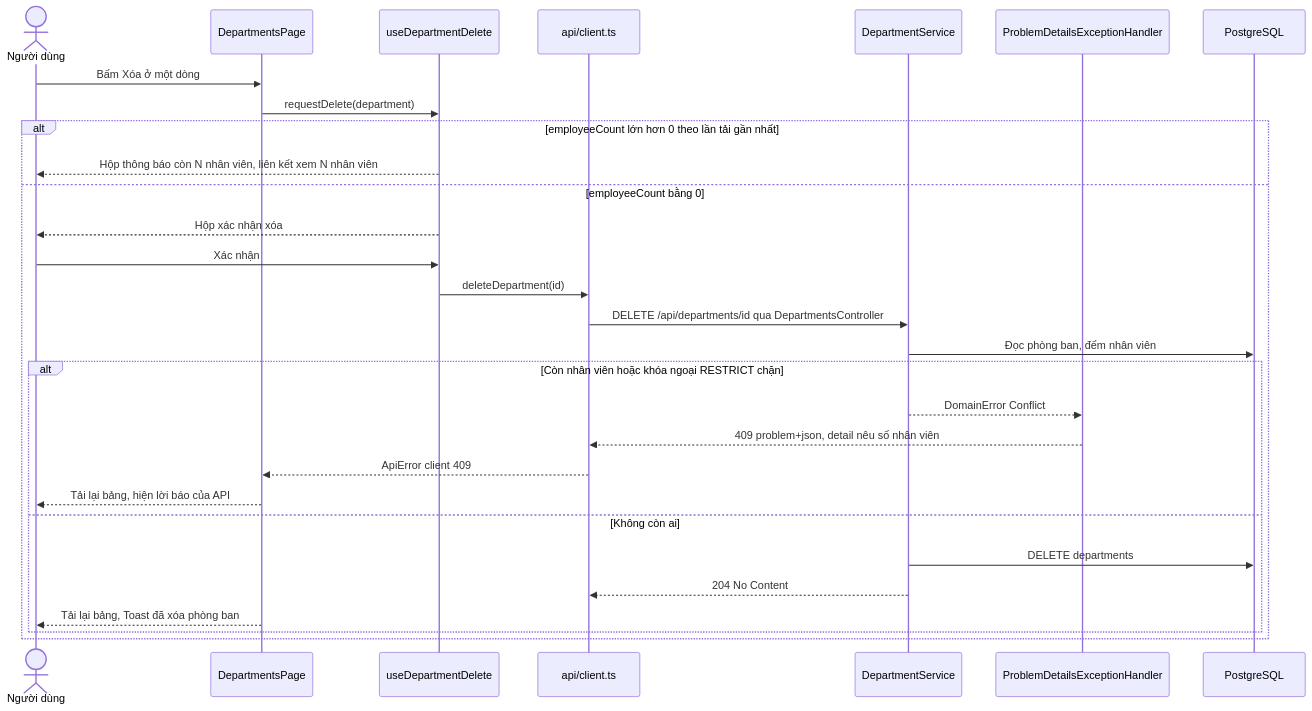
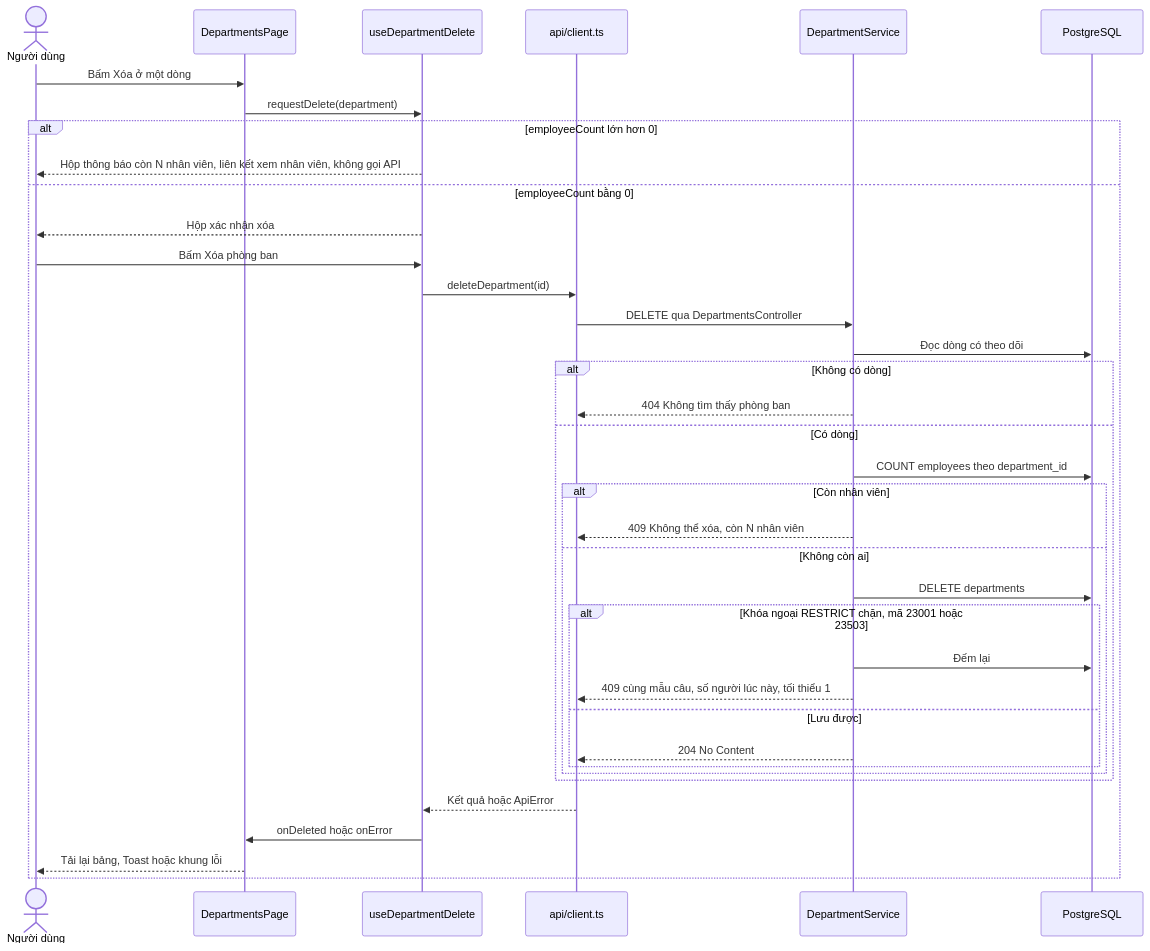
Before and after one commit to Minnhiep/employee-crud: the fourth of 5 diagrams in aidlc/spaces/default/codekb/employee-crud/architecture.md, drawn with Mermaid. The commit also changed other lines of this file and 28 other files, not shown here.

````diff
--- a/aidlc/spaces/default/codekb/employee-crud/architecture.md
+++ b/aidlc/spaces/default/codekb/employee-crud/architecture.md
@@ -132,31 +134,39 @@
 ```mermaid
 sequenceDiagram
-  actor U as Người dùng
-  participant P as DepartmentsPage
-  participant H as useDepartmentDelete
-  participant C as api/client.ts
-  participant DS as DepartmentService
-  participant EH as ProblemDetailsExceptionHandler
-  participant PG as PostgreSQL
-  U->>P: Bấm Xóa ở một dòng
-  P->>H: requestDelete(department)
-  alt employeeCount lớn hơn 0 theo lần tải gần nhất
-    H-->>U: Hộp thông báo còn N nhân viên, liên kết xem N nhân viên
-  else employeeCount bằng 0
-    H-->>U: Hộp xác nhận xóa
-    U->>H: Xác nhận
-    H->>C: deleteDepartment(id)
-    C->>DS: DELETE /api/departments/id qua DepartmentsController
-    DS->>PG: Đọc phòng ban, đếm nhân viên
-    alt Còn nhân viên hoặc khóa ngoại RESTRICT chặn
-      DS-->>EH: DomainError Conflict
-      EH-->>C: 409 problem+json, detail nêu số nhân viên
-      C-->>P: ApiError client 409
-      P-->>U: Tải lại bảng, hiện lời báo của API
-    else Không còn ai
-      DS->>PG: DELETE departments
-      DS-->>C: 204 No Content
-      P-->>U: Tải lại bảng, Toast đã xóa phòng ban
+    actor U as Người dùng
+    participant L as DepartmentsPage
+    participant H as useDepartmentDelete
+    participant C as api/client.ts
+    participant DS as DepartmentService
+    participant DB as PostgreSQL
+    U->>L: Bấm Xóa ở một dòng
+    L->>H: requestDelete(department)
+    alt employeeCount lớn hơn 0
+        H-->>U: Hộp thông báo còn N nhân viên, liên kết xem nhân viên, không gọi API
+    else employeeCount bằng 0
+        H-->>U: Hộp xác nhận xóa
+        U->>H: Bấm Xóa phòng ban
+        H->>C: deleteDepartment(id)
+        C->>DS: DELETE qua DepartmentsController
+        DS->>DB: Đọc dòng có theo dõi
+        alt Không có dòng
+            DS-->>C: 404 Không tìm thấy phòng ban
+        else Có dòng
+            DS->>DB: COUNT employees theo department_id
+            alt Còn nhân viên
+                DS-->>C: 409 Không thể xóa, còn N nhân viên
+            else Không còn ai
+                DS->>DB: DELETE departments
+                alt Khóa ngoại RESTRICT chặn, mã 23001 hoặc 23503
+                    DS->>DB: Đếm lại
+                    DS-->>C: 409 cùng mẫu câu, số người lúc này, tối thiểu 1
+                else Lưu được
+                    DS-->>C: 204 No Content
+                end
+            end
+        end
+        C-->>H: Kết quả hoặc ApiError
+        H->>L: onDeleted hoặc onError
+        L-->>U: Tải lại bảng, Toast hoặc khung lỗi
     end
-  end
 ```
````
